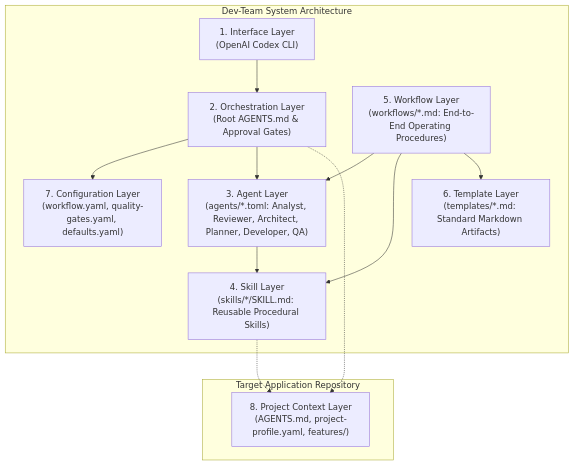
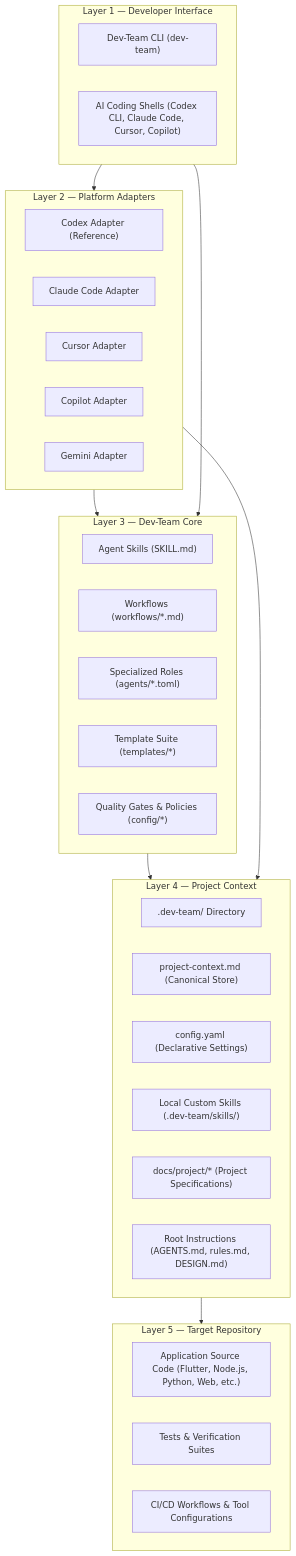
The first of 2 diagrams in docs/architecture.md (Decoder614/dev-team), drawn with Mermaid before and after one commit. The commit also changed other lines of this file and 8 other files, not shown here.

Commit message:
Dev-Team v1.1 Architecture & Requirements

````diff
--- a/docs/architecture.md
+++ b/docs/architecture.md
@@ -30,26 +32,45 @@
 ```mermaid
 flowchart TD
-    subgraph TargetRepo["Target Application Repository"]
-        Context["8. Project Context Layer\n(AGENTS.md, project-profile.yaml, features/)"]
+    subgraph L1["Layer 1 — Developer Interface"]
+        CLI["Dev-Team CLI (dev-team)"]
+        AI_AGENTS["AI Coding Shells (Codex CLI, Claude Code, Cursor, Copilot)"]
     end
 
-    subgraph Framework["Dev-Team System Architecture"]
-        Interface["1. Interface Layer\n(OpenAI Codex CLI)"]
-        Orchestration["2. Orchestration Layer\n(Root AGENTS.md & Approval Gates)"]
-        Config["7. Configuration Layer\n(workflow.yaml, quality-gates.yaml, defaults.yaml)"]
-        Agents["3. Agent Layer\n(agents/*.toml: Analyst, Reviewer, Architect, Planner, Developer, QA)"]
-        Skills["4. Skill Layer\n(skills/*/SKILL.md: Reusable Procedural Skills)"]
-        Workflows["5. Workflow Layer\n(workflows/*.md: End-to-End Operating Procedures)"]
-        Templates["6. Template Layer\n(templates/*.md: Standard Markdown Artifacts)"]
+    subgraph L2["Layer 2 — Platform Adapters"]
+        AD_CODEX["Codex Adapter (Reference)"]
+        AD_CLAUDE["Claude Code Adapter"]
+        AD_CURSOR["Cursor Adapter"]
+        AD_COPILOT["Copilot Adapter"]
+        AD_GEMINI["Gemini Adapter"]
     end
 
-    Interface --> Orchestration
-    Orchestration --> Config
-    Orchestration --> Agents
-    Agents --> Skills
-    Workflows --> Agents
-    Workflows --> Skills
-    Workflows --> Templates
-    Skills -.-> Context
-    Orchestration -.-> Context
+    subgraph L3["Layer 3 — Dev-Team Core"]
+        CORE_SKILLS["Agent Skills (SKILL.md)"]
+        CORE_WF["Workflows (workflows/*.md)"]
+        CORE_ROLES["Specialized Roles (agents/*.toml)"]
+        CORE_TPL["Template Suite (templates/*)"]
+        CORE_CFG["Quality Gates & Policies (config/*)"]
+    end
+
+    subgraph L4["Layer 4 — Project Context"]
+        P_DIR[".dev-team/ Directory"]
+        P_CTX["project-context.md (Canonical Store)"]
+        P_CFG["config.yaml (Declarative Settings)"]
+        P_LOCAL_SKILLS["Local Custom Skills (.dev-team/skills/)"]
+        P_DOCS["docs/project/* (Project Specifications)"]
+        P_INST["Root Instructions (AGENTS.md, rules.md, DESIGN.md)"]
+    end
+
+    subgraph L5["Layer 5 — Target Repository"]
+        REPO_SRC["Application Source Code (Flutter, Node.js, Python, Web, etc.)"]
+        REPO_TEST["Tests & Verification Suites"]
+        REPO_CI["CI/CD Workflows & Tool Configurations"]
+    end
+
+    L1 --> L2
+    L2 --> L3
+    L1 --> L3
+    L3 --> L4
+    L2 --> L4
+    L4 --> L5
 ```
````
